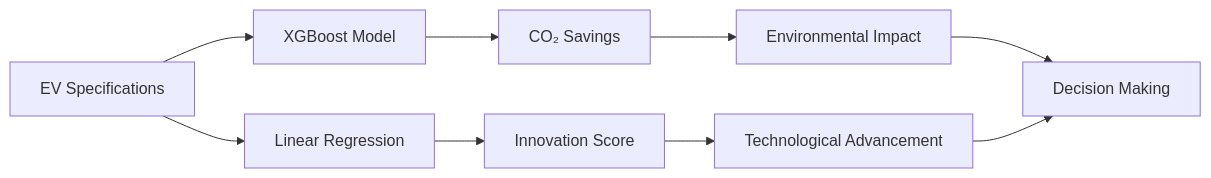
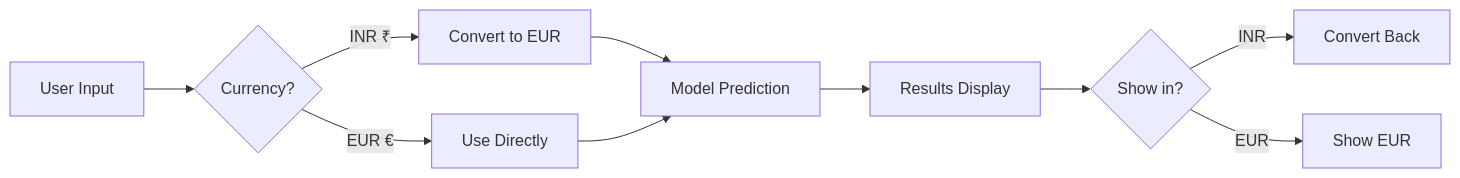
The eighth of 15 diagrams in README.md (RaGaS958/EV_aulate), drawn with Mermaid before and after one commit. The commit also changed other lines of this file, not shown here.

````diff
--- a/README.md
+++ b/README.md
@@ -97,11 +640,14 @@
 ```mermaid
 graph LR
-    A[EV Specifications] --> B[XGBoost Model]
-    A --> C[Linear Regression]
-    B --> D[CO₂ Savings]
-    C --> E[Innovation Score]
-    D --> F[Environmental Impact]
-    E --> G[Technological Advancement]
-    F --> H[Decision Making]
-    G --> H
+    A[User Input] --> B{Currency?}
+    B -->|INR ₹| C[Convert to EUR]
+    B -->|EUR €| D[Use Directly]
+    C --> E[Model Prediction]
+    D --> E
+    E --> F[Results Display]
+    F --> G{Show in?}
+    G -->|INR| H[Convert Back]
+    G -->|EUR| I[Show EUR]
+    
+  
 ```
````
